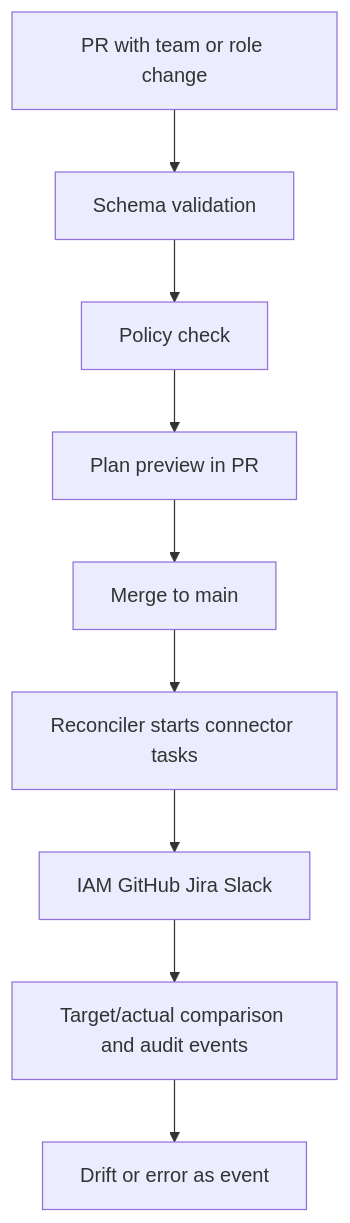
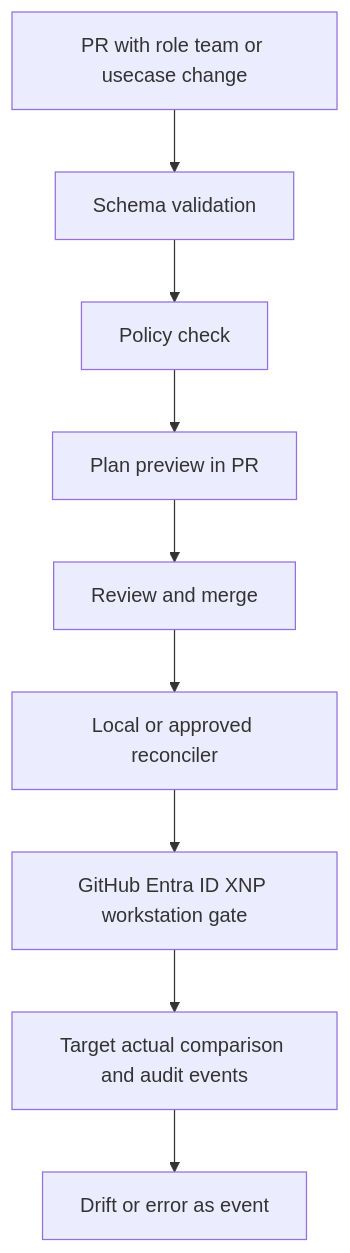
Before and after one commit to notariat8/NaC: the diagram in docs/en/oac-enterprise-control-plane-mvp.md, drawn with Mermaid. The commit also changed other lines of this file and 175 other files, not shown here.

````diff
--- a/docs/en/oac-enterprise-control-plane-mvp.md
+++ b/docs/en/oac-enterprise-control-plane-mvp.md
@@ -41,11 +42,11 @@
 ```mermaid
 flowchart TD
-    A[PR with team or role change] --> B[Schema validation]
+    A[PR with role team or usecase change] --> B[Schema validation]
     B --> C[Policy check]
     C --> D[Plan preview in PR]
-    D --> E[Merge to main]
-    E --> F[Reconciler starts connector tasks]
-    F --> G[IAM GitHub Jira Slack]
-    G --> H[Target/actual comparison and audit events]
+    D --> E[Review and merge]
+    E --> F[Local or approved reconciler]
+    F --> G[GitHub Entra ID XNP workstation gate]
+    G --> H[Target actual comparison and audit events]
     H --> I[Drift or error as event]
 ```
````
